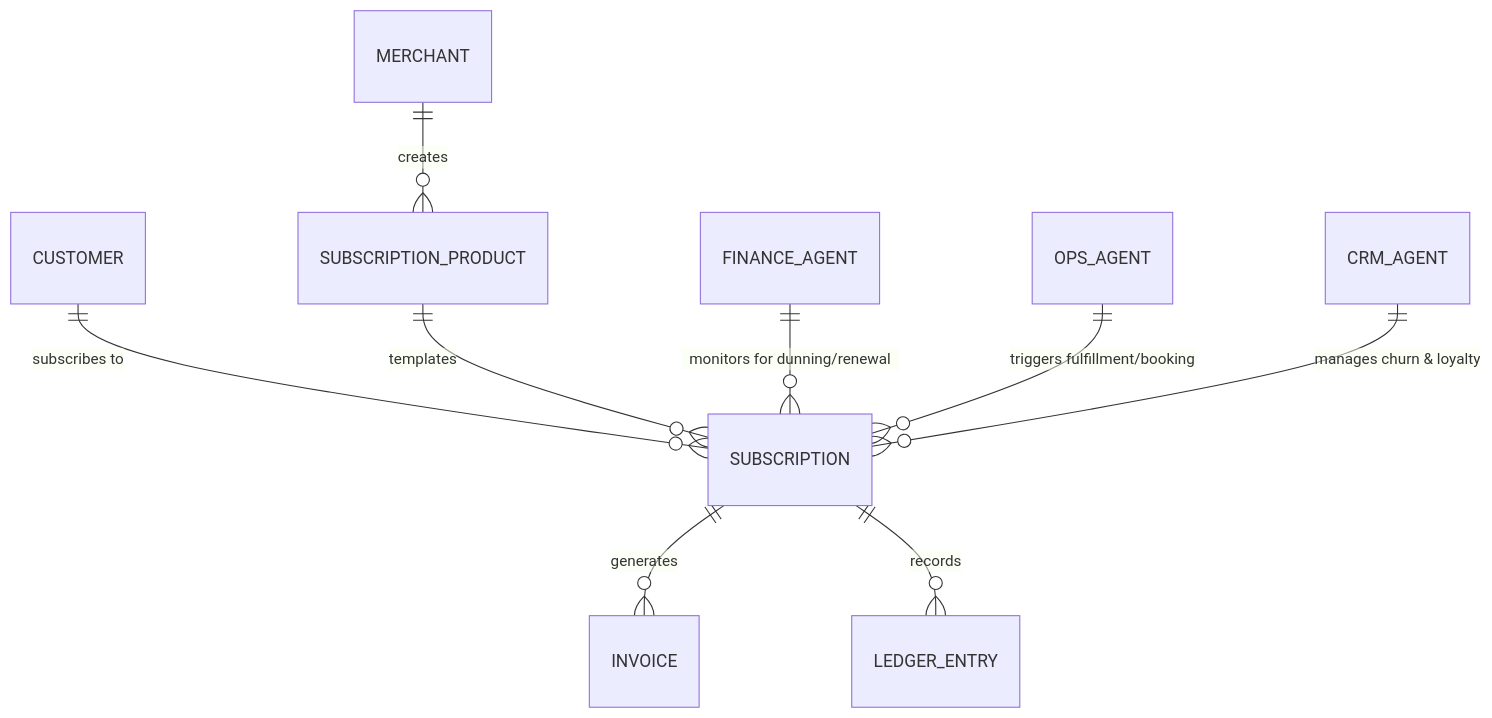
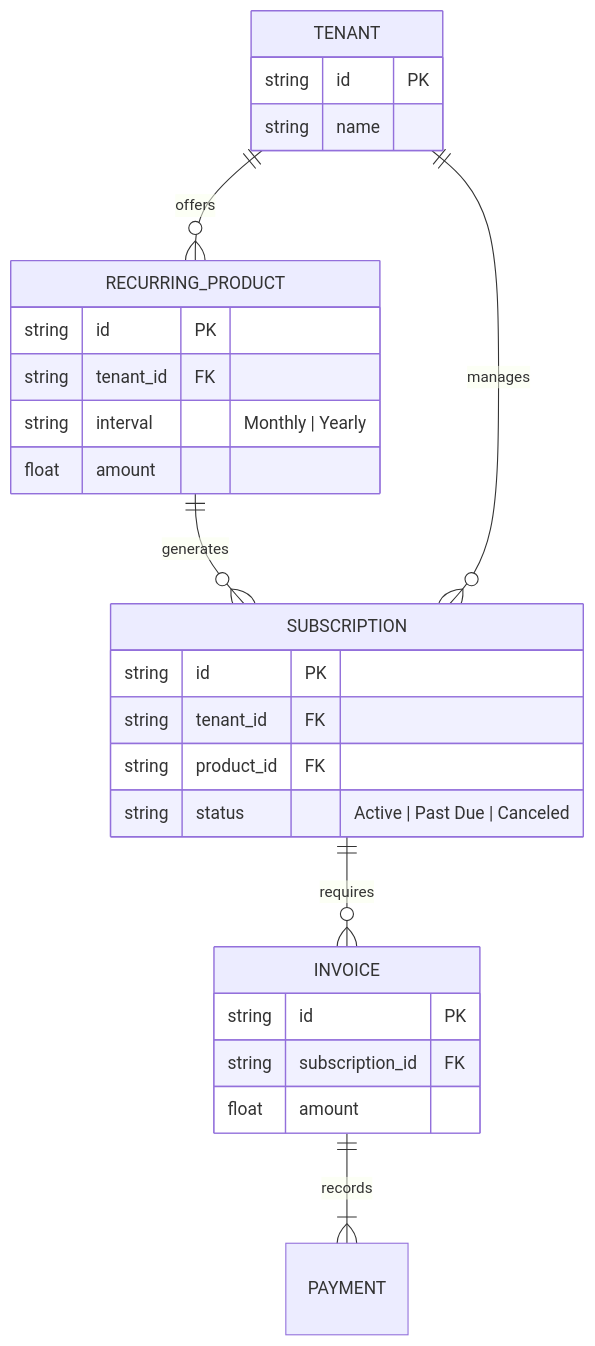
Before and after one commit to omnisolo-llc/onehumancorp: the first of 2 diagrams in docs/research/[architecture]_zero_config_subscription_billing_engine.md, drawn with Mermaid. The commit also changed other lines of this file and 1 other file, not shown here.

Commit message:
docs: Add zero config subscription billing engine architecture issue

````diff
--- a/docs/research/[architecture]_zero_config_subscription_billing_engine.md
+++ b/docs/research/[architecture]_zero_config_subscription_billing_engine.md
@@ -23,13 +14,30 @@
 ```mermaid
 erDiagram
-    MERCHANT ||--o{ SUBSCRIPTION_PRODUCT : "creates"
-    CUSTOMER ||--o{ SUBSCRIPTION : "subscribes to"
-    SUBSCRIPTION_PRODUCT ||--o{ SUBSCRIPTION : "templates"
-    SUBSCRIPTION ||--o{ INVOICE : "generates"
-    SUBSCRIPTION ||--o{ LEDGER_ENTRY : "records"
+    TENANT ||--o{ RECURRING_PRODUCT : offers
+    RECURRING_PRODUCT ||--o{ SUBSCRIPTION : generates
+    TENANT ||--o{ SUBSCRIPTION : manages
+    SUBSCRIPTION ||--o{ INVOICE : requires
+    INVOICE ||--|{ PAYMENT : records
 
-    %% AI Departments Interactions
-    FINANCE_AGENT ||--o{ SUBSCRIPTION : "monitors for dunning/renewal"
-    OPS_AGENT ||--o{ SUBSCRIPTION : "triggers fulfillment/booking"
-    CRM_AGENT ||--o{ SUBSCRIPTION : "manages churn & loyalty"
+    TENANT {
+        string id PK
+        string name
+    }
+    RECURRING_PRODUCT {
+        string id PK
+        string tenant_id FK
+        string interval "Monthly | Yearly"
+        float amount
+    }
+    SUBSCRIPTION {
+        string id PK
+        string tenant_id FK
+        string product_id FK
+        string status "Active | Past Due | Canceled"
+    }
+    INVOICE {
+        string id PK
+        string subscription_id FK
+        float amount
+    }
 ```
````
